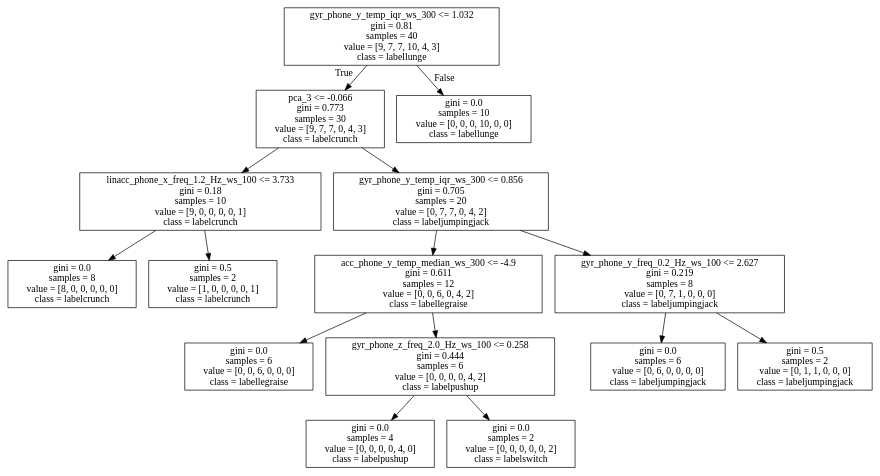
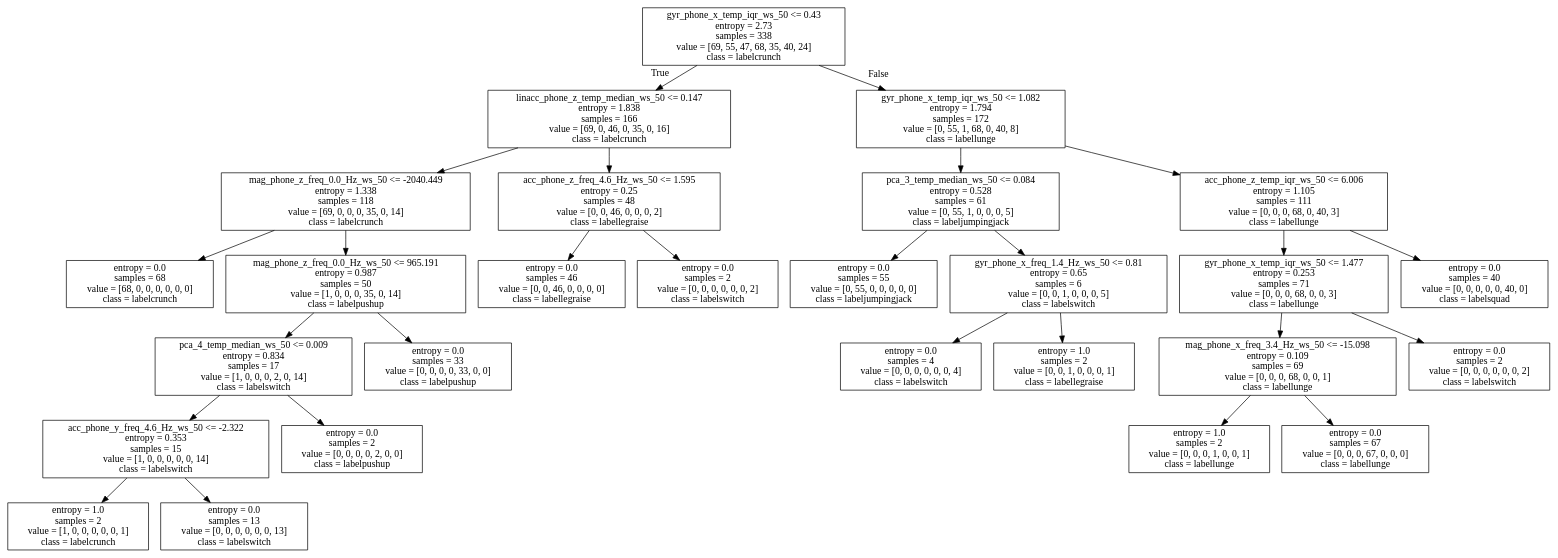
Before and after one commit to florencecornelissen/ML4QS2023A1: the diagram in Python3Code/figures/crowdsignals_ch7_classificationFlo/tree.dot, drawn with Graphviz. The commit also changed 40 other files, not shown here.

```diff
--- a/Python3Code/figures/crowdsignals_ch7_classificationFlo/tree.dot
+++ b/Python3Code/figures/crowdsignals_ch7_classificationFlo/tree.dot
@@ -1,32 +1,56 @@
 digraph Tree {
 node [shape=box] ;
-0 [label="gyr_phone_y_temp_iqr_ws_300 <= 1.032\ngini = 0.81\nsamples = 40\nvalue = [9, 7, 7, 10, 4, 3]\nclass = labellunge"] ;
-1 [label="pca_3 <= -0.066\ngini = 0.773\nsamples = 30\nvalue = [9, 7, 7, 0, 4, 3]\nclass = labelcrunch"] ;
+0 [label="gyr_phone_x_temp_iqr_ws_50 <= 0.43\nentropy = 2.73\nsamples = 338\nvalue = [69, 55, 47, 68, 35, 40, 24]\nclass = labelcrunch"] ;
+1 [label="linacc_phone_z_temp_median_ws_50 <= 0.147\nentropy = 1.838\nsamples = 166\nvalue = [69, 0, 46, 0, 35, 0, 16]\nclass = labelcrunch"] ;
 0 -> 1 [labeldistance=2.5, labelangle=45, headlabel="True"] ;
-2 [label="linacc_phone_x_freq_1.2_Hz_ws_100 <= 3.733\ngini = 0.18\nsamples = 10\nvalue = [9, 0, 0, 0, 0, 1]\nclass = labelcrunch"] ;
+2 [label="mag_phone_z_freq_0.0_Hz_ws_50 <= -2040.449\nentropy = 1.338\nsamples = 118\nvalue = [69, 0, 0, 0, 35, 0, 14]\nclass = labelcrunch"] ;
 1 -> 2 ;
-3 [label="gini = 0.0\nsamples = 8\nvalue = [8, 0, 0, 0, 0, 0]\nclass = labelcrunch"] ;
+3 [label="entropy = 0.0\nsamples = 68\nvalue = [68, 0, 0, 0, 0, 0, 0]\nclass = labelcrunch"] ;
 2 -> 3 ;
-4 [label="gini = 0.5\nsamples = 2\nvalue = [1, 0, 0, 0, 0, 1]\nclass = labelcrunch"] ;
+4 [label="mag_phone_z_freq_0.0_Hz_ws_50 <= 965.191\nentropy = 0.987\nsamples = 50\nvalue = [1, 0, 0, 0, 35, 0, 14]\nclass = labelpushup"] ;
 2 -> 4 ;
-5 [label="gyr_phone_y_temp_iqr_ws_300 <= 0.856\ngini = 0.705\nsamples = 20\nvalue = [0, 7, 7, 0, 4, 2]\nclass = labeljumpingjack"] ;
-1 -> 5 ;
-6 [label="acc_phone_y_temp_median_ws_300 <= -4.9\ngini = 0.611\nsamples = 12\nvalue = [0, 0, 6, 0, 4, 2]\nclass = labellegraise"] ;
+5 [label="pca_4_temp_median_ws_50 <= 0.009\nentropy = 0.834\nsamples = 17\nvalue = [1, 0, 0, 0, 2, 0, 14]\nclass = labelswitch"] ;
+4 -> 5 ;
+6 [label="acc_phone_y_freq_4.6_Hz_ws_50 <= -2.322\nentropy = 0.353\nsamples = 15\nvalue = [1, 0, 0, 0, 0, 0, 14]\nclass = labelswitch"] ;
 5 -> 6 ;
-7 [label="gini = 0.0\nsamples = 6\nvalue = [0, 0, 6, 0, 0, 0]\nclass = labellegraise"] ;
+7 [label="entropy = 1.0\nsamples = 2\nvalue = [1, 0, 0, 0, 0, 0, 1]\nclass = labelcrunch"] ;
 6 -> 7 ;
-8 [label="gyr_phone_z_freq_2.0_Hz_ws_100 <= 0.258\ngini = 0.444\nsamples = 6\nvalue = [0, 0, 0, 0, 4, 2]\nclass = labelpushup"] ;
+8 [label="entropy = 0.0\nsamples = 13\nvalue = [0, 0, 0, 0, 0, 0, 13]\nclass = labelswitch"] ;
 6 -> 8 ;
-9 [label="gini = 0.0\nsamples = 4\nvalue = [0, 0, 0, 0, 4, 0]\nclass = labelpushup"] ;
-8 -> 9 ;
-10 [label="gini = 0.0\nsamples = 2\nvalue = [0, 0, 0, 0, 0, 2]\nclass = labelswitch"] ;
-8 -> 10 ;
-11 [label="gyr_phone_y_freq_0.2_Hz_ws_100 <= 2.627\ngini = 0.219\nsamples = 8\nvalue = [0, 7, 1, 0, 0, 0]\nclass = labeljumpingjack"] ;
-5 -> 11 ;
-12 [label="gini = 0.0\nsamples = 6\nvalue = [0, 6, 0, 0, 0, 0]\nclass = labeljumpingjack"] ;
+9 [label="entropy = 0.0\nsamples = 2\nvalue = [0, 0, 0, 0, 2, 0, 0]\nclass = labelpushup"] ;
+5 -> 9 ;
+10 [label="entropy = 0.0\nsamples = 33\nvalue = [0, 0, 0, 0, 33, 0, 0]\nclass = labelpushup"] ;
+4 -> 10 ;
+11 [label="acc_phone_z_freq_4.6_Hz_ws_50 <= 1.595\nentropy = 0.25\nsamples = 48\nvalue = [0, 0, 46, 0, 0, 0, 2]\nclass = labellegraise"] ;
+1 -> 11 ;
+12 [label="entropy = 0.0\nsamples = 46\nvalue = [0, 0, 46, 0, 0, 0, 0]\nclass = labellegraise"] ;
 11 -> 12 ;
-13 [label="gini = 0.5\nsamples = 2\nvalue = [0, 1, 1, 0, 0, 0]\nclass = labeljumpingjack"] ;
+13 [label="entropy = 0.0\nsamples = 2\nvalue = [0, 0, 0, 0, 0, 0, 2]\nclass = labelswitch"] ;
 11 -> 13 ;
-14 [label="gini = 0.0\nsamples = 10\nvalue = [0, 0, 0, 10, 0, 0]\nclass = labellunge"] ;
+14 [label="gyr_phone_x_temp_iqr_ws_50 <= 1.082\nentropy = 1.794\nsamples = 172\nvalue = [0, 55, 1, 68, 0, 40, 8]\nclass = labellunge"] ;
 0 -> 14 [labeldistance=2.5, labelangle=-45, headlabel="False"] ;
+15 [label="pca_3_temp_median_ws_50 <= 0.084\nentropy = 0.528\nsamples = 61\nvalue = [0, 55, 1, 0, 0, 0, 5]\nclass = labeljumpingjack"] ;
+14 -> 15 ;
+16 [label="entropy = 0.0\nsamples = 55\nvalue = [0, 55, 0, 0, 0, 0, 0]\nclass = labeljumpingjack"] ;
+15 -> 16 ;
+17 [label="gyr_phone_x_freq_1.4_Hz_ws_50 <= 0.81\nentropy = 0.65\nsamples = 6\nvalue = [0, 0, 1, 0, 0, 0, 5]\nclass = labelswitch"] ;
+15 -> 17 ;
+18 [label="entropy = 0.0\nsamples = 4\nvalue = [0, 0, 0, 0, 0, 0, 4]\nclass = labelswitch"] ;
+17 -> 18 ;
+19 [label="entropy = 1.0\nsamples = 2\nvalue = [0, 0, 1, 0, 0, 0, 1]\nclass = labellegraise"] ;
+17 -> 19 ;
+20 [label="acc_phone_z_temp_iqr_ws_50 <= 6.006\nentropy = 1.105\nsamples = 111\nvalue = [0, 0, 0, 68, 0, 40, 3]\nclass = labellunge"] ;
+14 -> 20 ;
+21 [label="gyr_phone_x_temp_iqr_ws_50 <= 1.477\nentropy = 0.253\nsamples = 71\nvalue = [0, 0, 0, 68, 0, 0, 3]\nclass = labellunge"] ;
+20 -> 21 ;
+22 [label="mag_phone_x_freq_3.4_Hz_ws_50 <= -15.098\nentropy = 0.109\nsamples = 69\nvalue = [0, 0, 0, 68, 0, 0, 1]\nclass = labellunge"] ;
+21 -> 22 ;
+23 [label="entropy = 1.0\nsamples = 2\nvalue = [0, 0, 0, 1, 0, 0, 1]\nclass = labellunge"] ;
+22 -> 23 ;
+24 [label="entropy = 0.0\nsamples = 67\nvalue = [0, 0, 0, 67, 0, 0, 0]\nclass = labellunge"] ;
+22 -> 24 ;
+25 [label="entropy = 0.0\nsamples = 2\nvalue = [0, 0, 0, 0, 0, 0, 2]\nclass = labelswitch"] ;
+21 -> 25 ;
+26 [label="entropy = 0.0\nsamples = 40\nvalue = [0, 0, 0, 0, 0, 40, 0]\nclass = labelsquad"] ;
+20 -> 26 ;
 }
```
